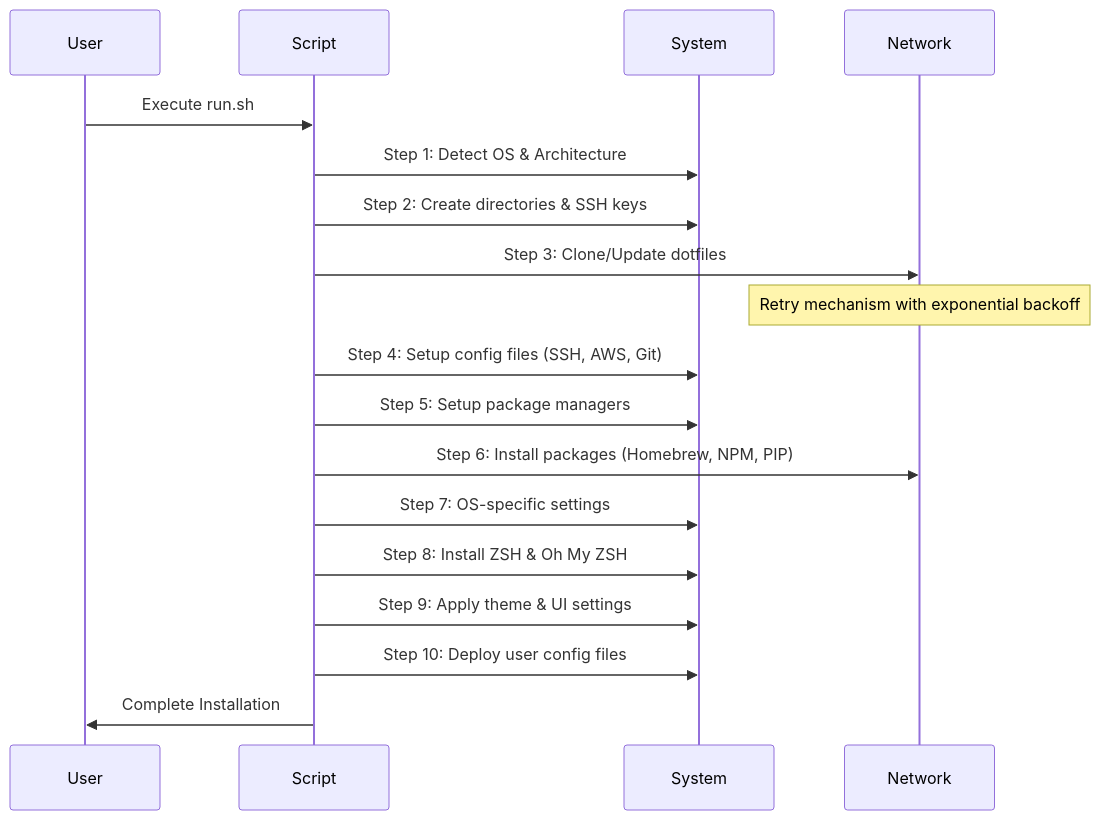
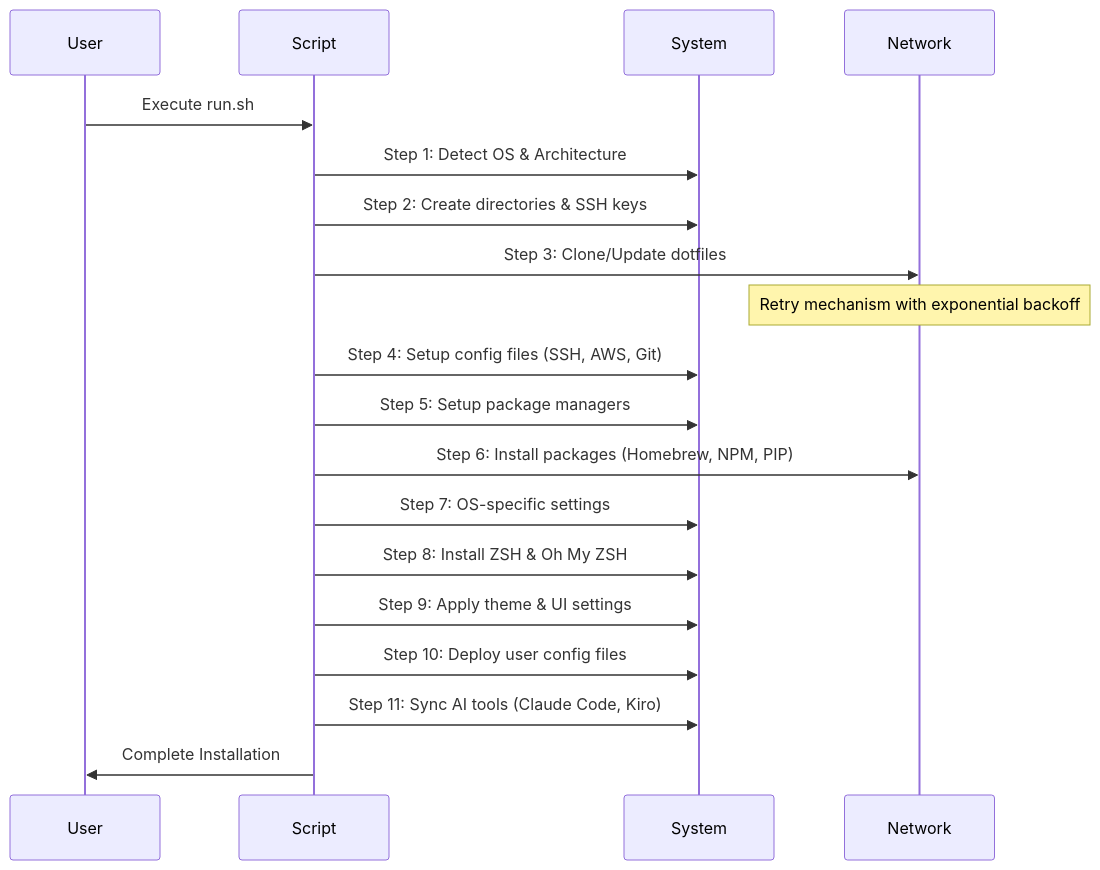
The second of 2 diagrams in docs/ARCHITECTURE.md (nalbam/dotfiles), drawn with Mermaid before and after one commit. The commit also changed other lines of this file and 2 other files, not shown here.

Commit message:
feat: Update documentation for AI tools sync and enhance architecture details

````diff
--- a/docs/ARCHITECTURE.md
+++ b/docs/ARCHITECTURE.md
@@ -114,21 +126,22 @@
 ```mermaid
 sequenceDiagram
     participant User
     participant Script
     participant System
     participant Network
 
     User->>Script: Execute run.sh
     Script->>System: Step 1: Detect OS & Architecture
     Script->>System: Step 2: Create directories & SSH keys
     Script->>Network: Step 3: Clone/Update dotfiles
     Note over Network: Retry mechanism with exponential backoff
     Script->>System: Step 4: Setup config files (SSH, AWS, Git)
     Script->>System: Step 5: Setup package managers
     Script->>Network: Step 6: Install packages (Homebrew, NPM, PIP)
     Script->>System: Step 7: OS-specific settings
     Script->>System: Step 8: Install ZSH & Oh My ZSH
     Script->>System: Step 9: Apply theme & UI settings
     Script->>System: Step 10: Deploy user config files
+    Script->>System: Step 11: Sync AI tools (Claude Code, Kiro)
     Script->>User: Complete Installation
 ```
````
